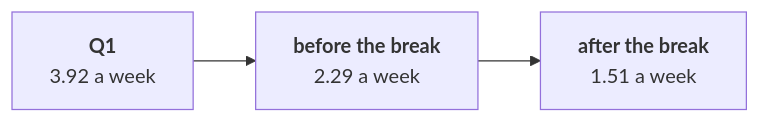
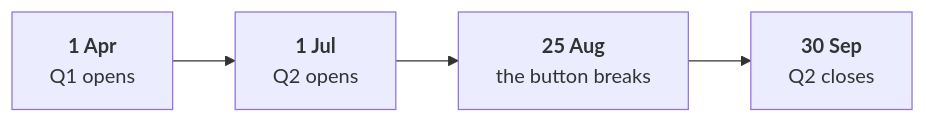
One commit to fde-academy-lab/c2-content-factory changed the diagram in content/W01/D2/exercises/unguided/C2_W01_D02_ch6_the_memo_STUDENT.md. Above: the diagram before and after it, drawn with Mermaid. The commit also changed other lines of this file and 21 other files, not shown here.

````diff
--- a/content/W01/D2/exercises/unguided/C2_W01_D02_ch6_the_memo_STUDENT.md
+++ b/content/W01/D2/exercises/unguided/C2_W01_D02_ch6_the_memo_STUDENT.md
@@ -25,5 +25,6 @@
 ```mermaid
 flowchart LR
-    Q1["<b>Q1</b><br/>3.92 a week"] --> B["<b>before the break</b><br/>2.29 a week"]
-    B --> A["<b>after the break</b><br/>1.51 a week"]
+    A["<b>1 Apr</b><br/>Q1 opens"] --> B["<b>1 Jul</b><br/>Q2 opens"]
+    B --> C["<b>25 Aug</b><br/>the button breaks"]
+    C --> D["<b>30 Sep</b><br/>Q2 closes"]
 ```
````
